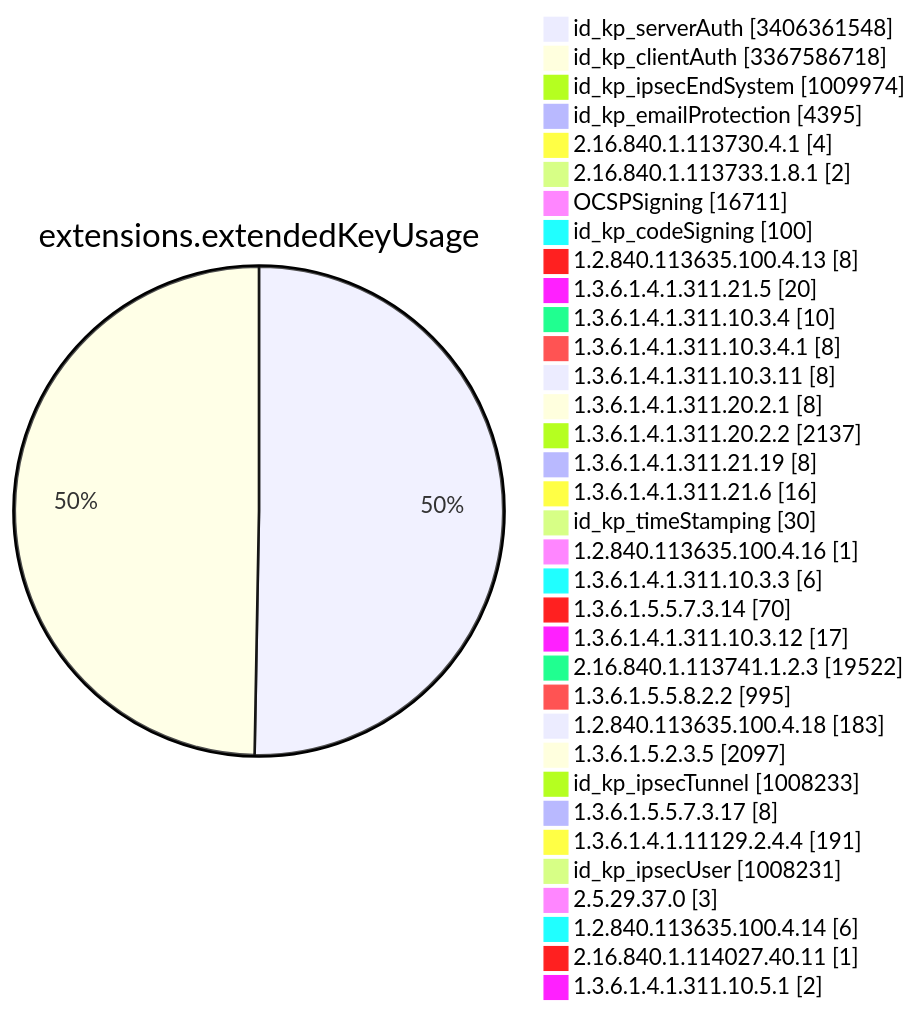
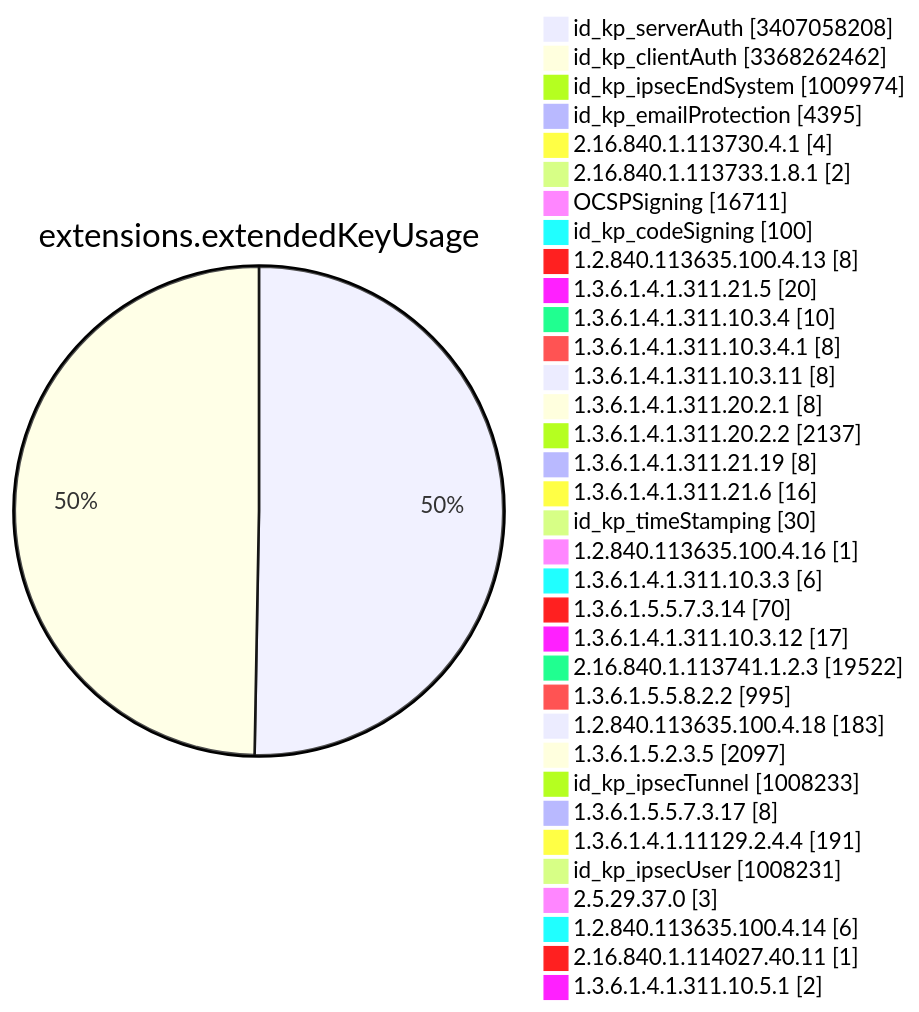
Diagram 11 of 15 in TOTAL/README.md (christiankrug/ctmonitor_visualization), drawn with Mermaid before and after one commit. The commit also changed other lines of this file, not shown here.

````diff
--- a/TOTAL/README.md
+++ b/TOTAL/README.md
@@ -4121,38 +4121,38 @@
 ```mermaid
 pie showData
 title extensions.extendedKeyUsage
-"id_kp_serverAuth" :3406361548
-"id_kp_clientAuth" :3367586718
+"id_kp_serverAuth" :3407058208
+"id_kp_clientAuth" :3368262462
 "id_kp_ipsecEndSystem" :1009974
 "id_kp_emailProtection" :4395
 "2.16.840.1.113730.4.1" :4
 "2.16.840.1.113733.1.8.1" :2
 "OCSPSigning" :16711
 "id_kp_codeSigning" :100
 "1.2.840.113635.100.4.13" :8
 "1.3.6.1.4.1.311.21.5" :20
 "1.3.6.1.4.1.311.10.3.4" :10
 "1.3.6.1.4.1.311.10.3.4.1" :8
 "1.3.6.1.4.1.311.10.3.11" :8
 "1.3.6.1.4.1.311.20.2.1" :8
 "1.3.6.1.4.1.311.20.2.2" :2137
 "1.3.6.1.4.1.311.21.19" :8
 "1.3.6.1.4.1.311.21.6" :16
 "id_kp_timeStamping" :30
 "1.2.840.113635.100.4.16" :1
 "1.3.6.1.4.1.311.10.3.3" :6
 "1.3.6.1.5.5.7.3.14" :70
 "1.3.6.1.4.1.311.10.3.12" :17
 "2.16.840.1.113741.1.2.3" :19522
 "1.3.6.1.5.5.8.2.2" :995
 "1.2.840.113635.100.4.18" :183
 "1.3.6.1.5.2.3.5" :2097
 "id_kp_ipsecTunnel" :1008233
 "1.3.6.1.5.5.7.3.17" :8
 "1.3.6.1.4.1.11129.2.4.4" :191
 "id_kp_ipsecUser" :1008231
 "2.5.29.37.0" :3
 "1.2.840.113635.100.4.14" :6
 "2.16.840.1.114027.40.11" :1
 "1.3.6.1.4.1.311.10.5.1" :2
 ```
````
